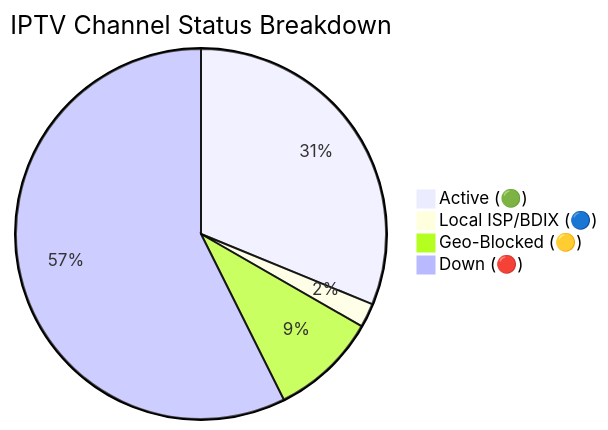
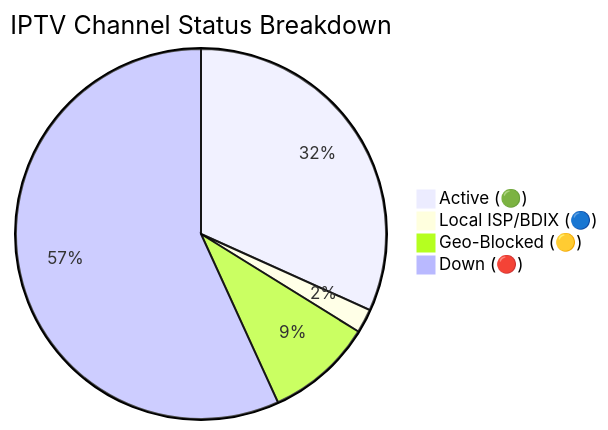
Before and after one commit to andreataylord/Ip-tv-Collection: the diagram in README.md, drawn with Mermaid. The commit also changed other lines of this file and 1 other file, not shown here.

Commit message:
docs(readme): auto-update daily channel status chart

````diff
--- a/README.md
+++ b/README.md
@@ -59,7 +59,7 @@
 ```mermaid
 pie title IPTV Channel Status Breakdown
-    "Active (🟢)" : 2304
+    "Active (🟢)" : 2344
     "Local ISP/BDIX (🔵)" : 155
-    "Geo-Blocked (🟡)" : 689
-    "Down (🔴)" : 4238
+    "Geo-Blocked (🟡)" : 690
+    "Down (🔴)" : 4197
 ```
````
